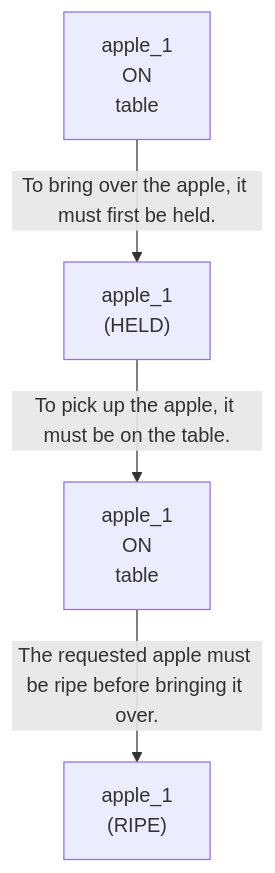
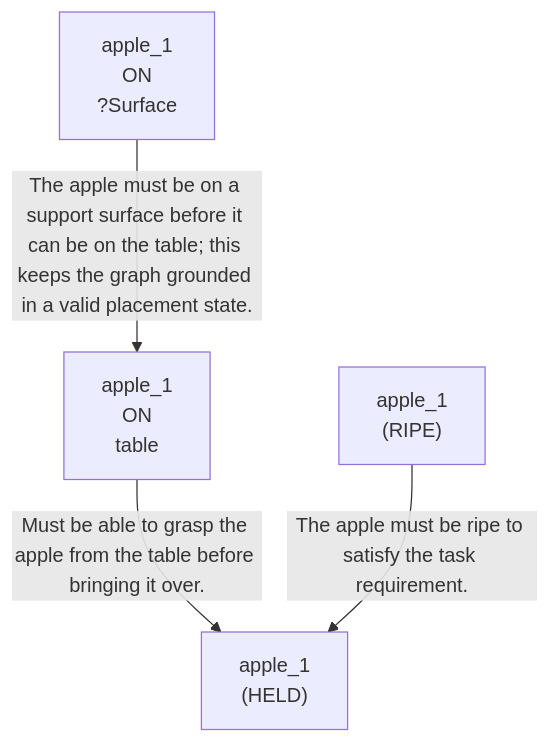
Before and after one commit to scuama/virtualhome: the first of 3 diagrams in evaluation/results/table3/robostate/runs/without_memory/M2_08/run_T3_without_memory_M2_08.md, drawn with Mermaid. The commit also changed other lines of this file and 507 other files, not shown here.

````diff
--- a/evaluation/results/table3/robostate/runs/without_memory/M2_08/run_T3_without_memory_M2_08.md
+++ b/evaluation/results/table3/robostate/runs/without_memory/M2_08/run_T3_without_memory_M2_08.md
@@ -72,10 +72,10 @@
 ```mermaid
 graph TD
-    N1["apple_1<br>ON<br>table"]
-    N2["apple_1<br>(HELD)"]
-    N3["apple_1<br>ON<br>table"]
-    N4["apple_1<br>(RIPE)"]
-    N1 -->|"To bring over the apple, it must first be held."| N2
-    N2 -->|"To pick up the apple, it must be on the table."| N3
-    N3 -->|"The requested apple must be ripe before bringing it over."| N4
+    N1["apple_1<br>(HELD)"]
+    N2["apple_1<br>ON<br>table"]
+    N3["apple_1<br>(RIPE)"]
+    N4["apple_1<br>ON<br>?Surface"]
+    N2 -->|"Must be able to grasp the apple from the table before bringing it over."| N1
+    N3 -->|"The apple must be ripe to satisfy the task requirement."| N1
+    N4 -->|"The apple must be on a support surface before it can be on the table; this keeps the graph grounded in a valid placement state."| N2
 ```
````
